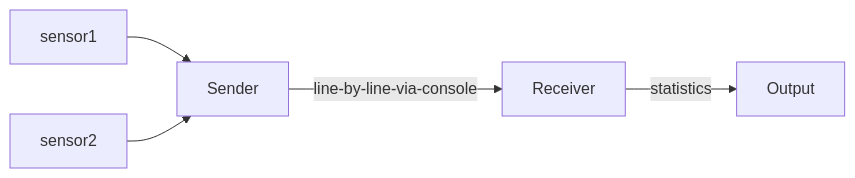
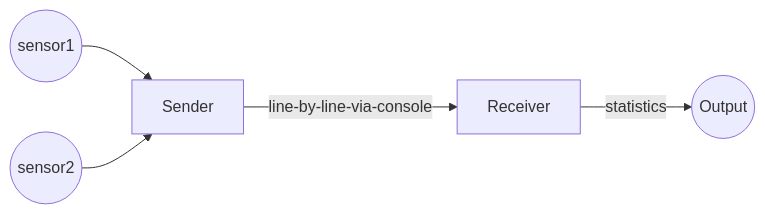
One commit to code-craft-igt-1/stream-line-vivekantonyo changed the diagram in README.md. Above: the diagram before and after it, drawn with Mermaid. The commit also changed other lines of this file, not shown here.

````diff
--- a/README.md
+++ b/README.md
@@ -9,7 +9,7 @@
 ```mermaid
 flowchart LR
-sensor1 --> Sender
-sensor2 --> Sender
+A((sensor1)) --> Sender
+B((sensor2)) --> Sender
 Sender --> |line-by-line-via-console|Receiver
-Receiver --> |statistics|Output
+Receiver --> |statistics|C((Output))
 ```
````
